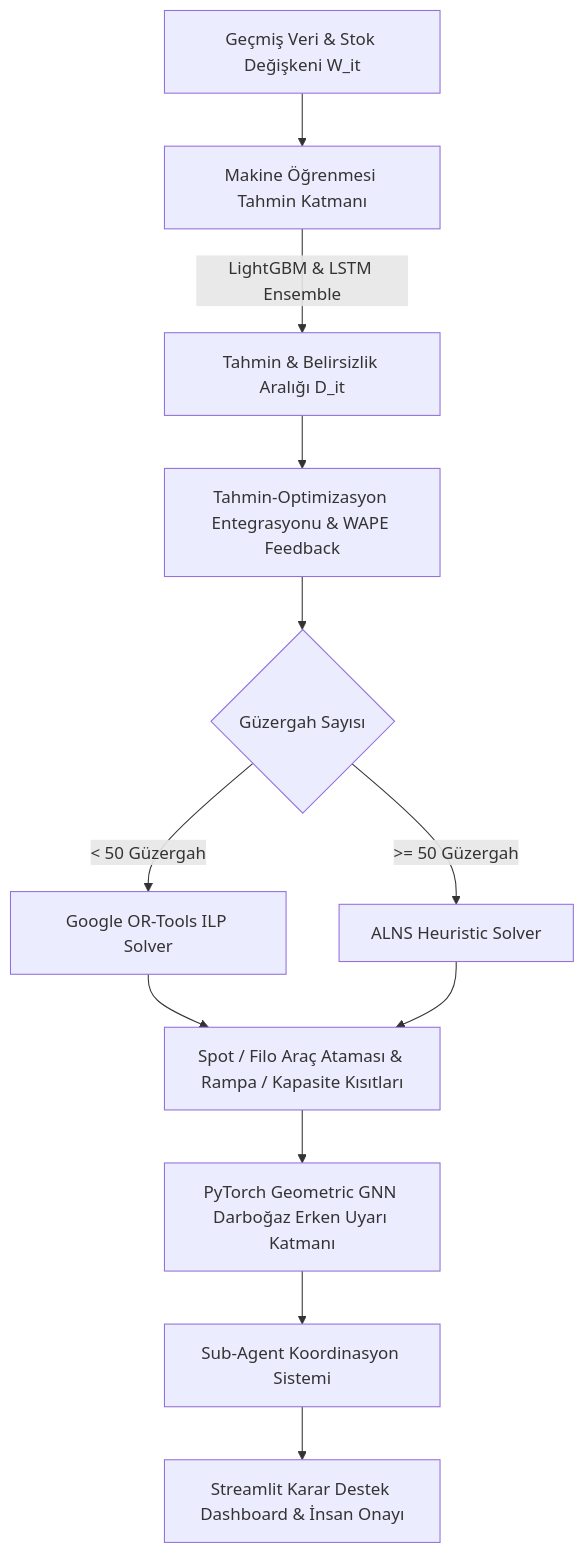
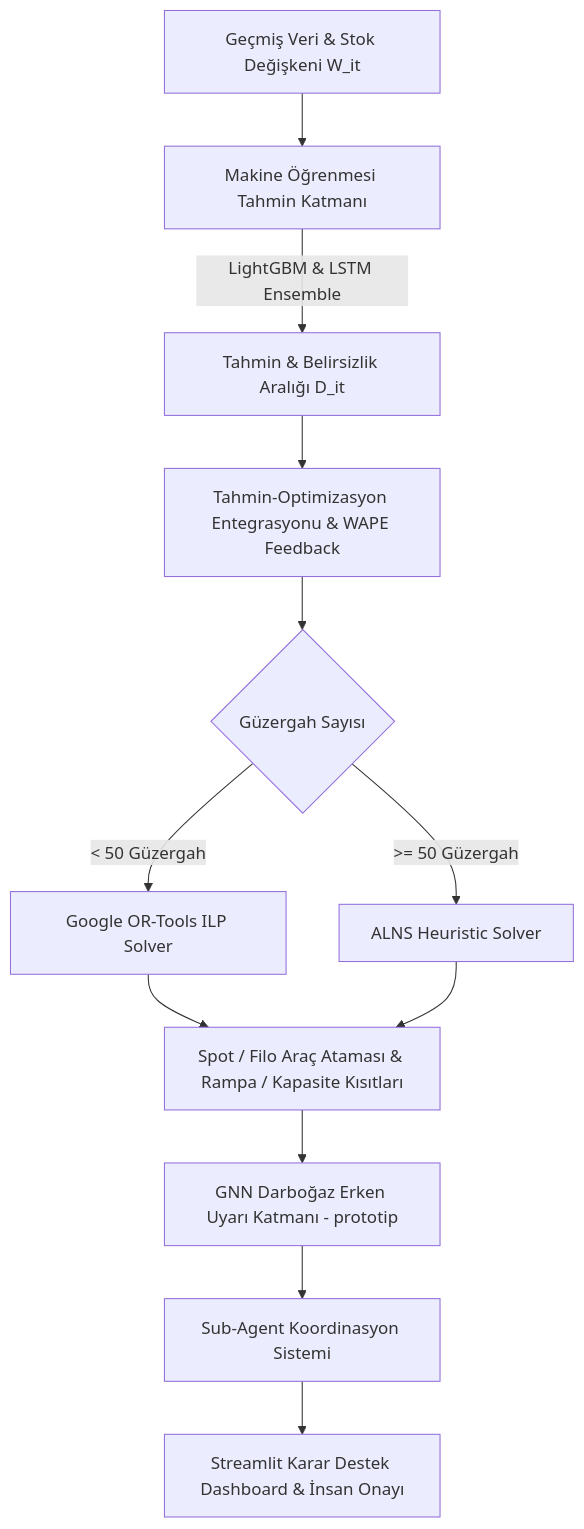
Before and after one commit to Umutcagn/logistics-fleet-network-optimization: the diagram in README.md, drawn with Mermaid. The commit also changed other lines of this file and 4 other files, not shown here.

````diff
--- a/README.md
+++ b/README.md
@@ -34,14 +34,14 @@
 ```mermaid
 graph TD
     A[Geçmiş Veri & Stok Değişkeni W_it] --> B[Makine Öğrenmesi Tahmin Katmanı]
     B -->|LightGBM & LSTM Ensemble| C[Tahmin & Belirsizlik Aralığı D_it]
     C --> D[Tahmin-Optimizasyon Entegrasyonu & WAPE Feedback]
     D --> E{Güzergah Sayısı}
     E -->|< 50 Güzergah| F[Google OR-Tools ILP Solver]
     E -->|>= 50 Güzergah| G[ALNS Heuristic Solver]
     F --> H[Spot / Filo Araç Ataması & Rampa / Kapasite Kısıtları]
     G --> H
-    H --> I[PyTorch Geometric GNN Darboğaz Erken Uyarı Katmanı]
+    H --> I[GNN Darboğaz Erken Uyarı Katmanı - prototip]
     I --> J[Sub-Agent Koordinasyon Sistemi]
     J --> K[Streamlit Karar Destek Dashboard & İnsan Onayı]
 ```
````
